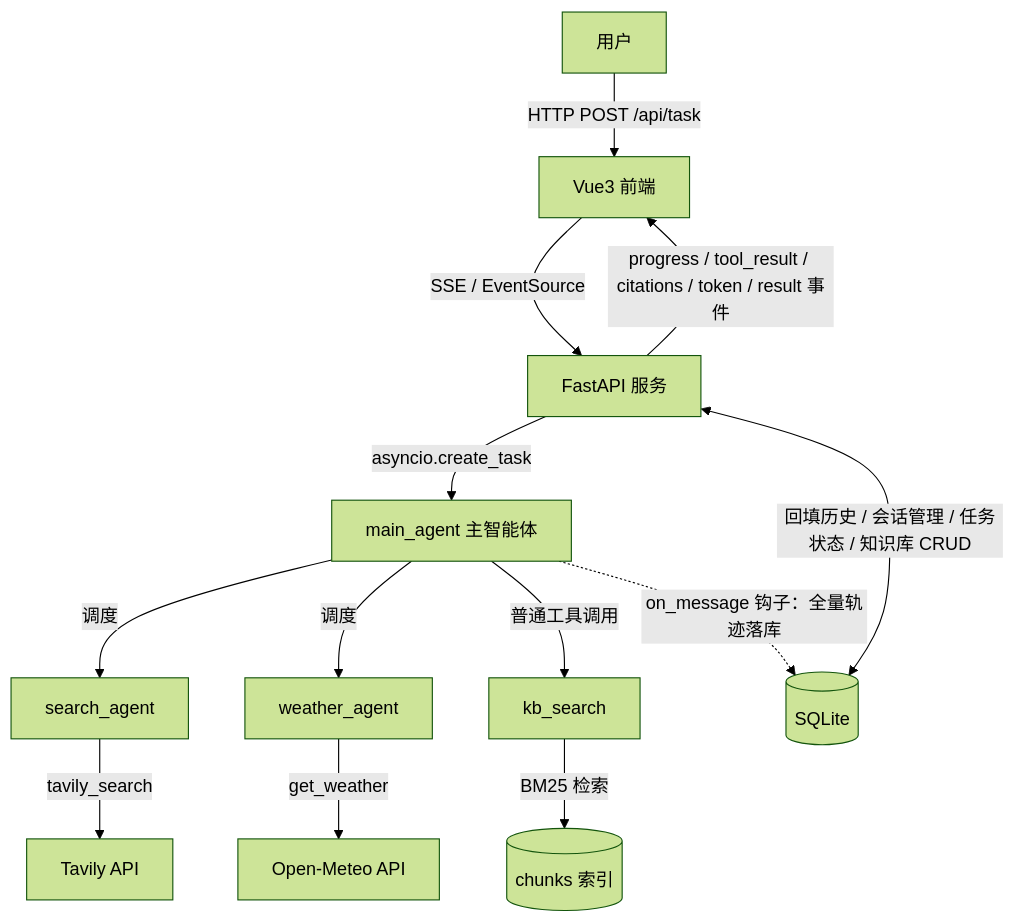
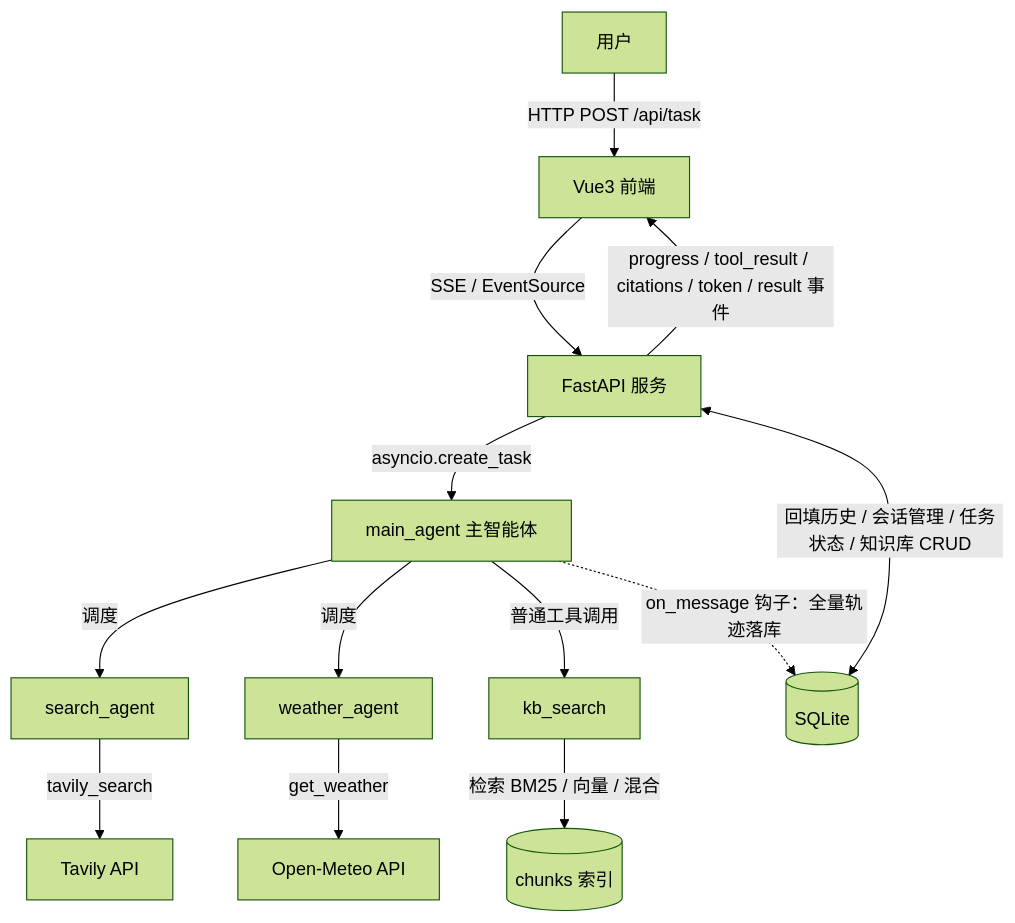
One commit to cxyzk/MultiAgent-Search changed the diagram in README.md. Above: the diagram before and after it, drawn with Mermaid (forest theme). The commit also changed other lines of this file, not shown here.

````diff
--- a/README.md
+++ b/README.md
@@ -30,15 +31,15 @@
 ```mermaid
 graph TB
     U[用户] -->|HTTP POST /api/task| FE[Vue3 前端]
     FE -->|SSE / EventSource| API[FastAPI 服务]
     API -->|asyncio.create_task| MA[main_agent 主智能体]
     MA -->|调度| SA[search_agent]
     MA -->|调度| WA[weather_agent]
     MA -->|普通工具调用| KS[kb_search]
     SA -->|tavily_search| TV[Tavily API]
     WA -->|get_weather| OM[Open-Meteo API]
-    KS -->|BM25 检索| KB[(chunks 索引)]
+    KS -->|检索 BM25 / 向量 / 混合| KB[(chunks 索引)]
     API <-->|回填历史 / 会话管理 / 任务状态 / 知识库 CRUD| DB[(SQLite)]
     MA -.->|on_message 钩子：全量轨迹落库| DB
     API -->|progress / tool_result / citations / token / result 事件| FE
 ```
````
